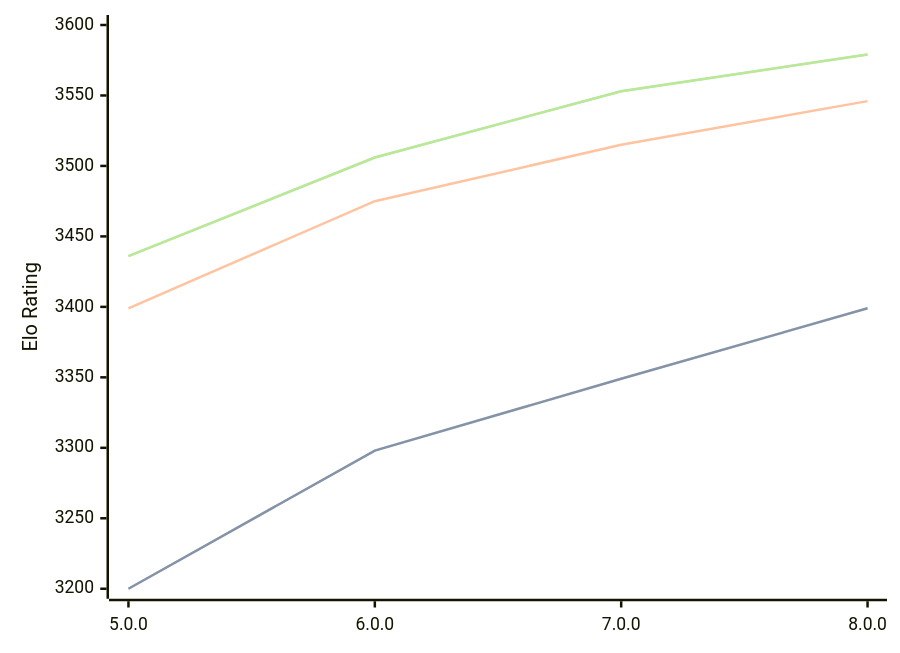
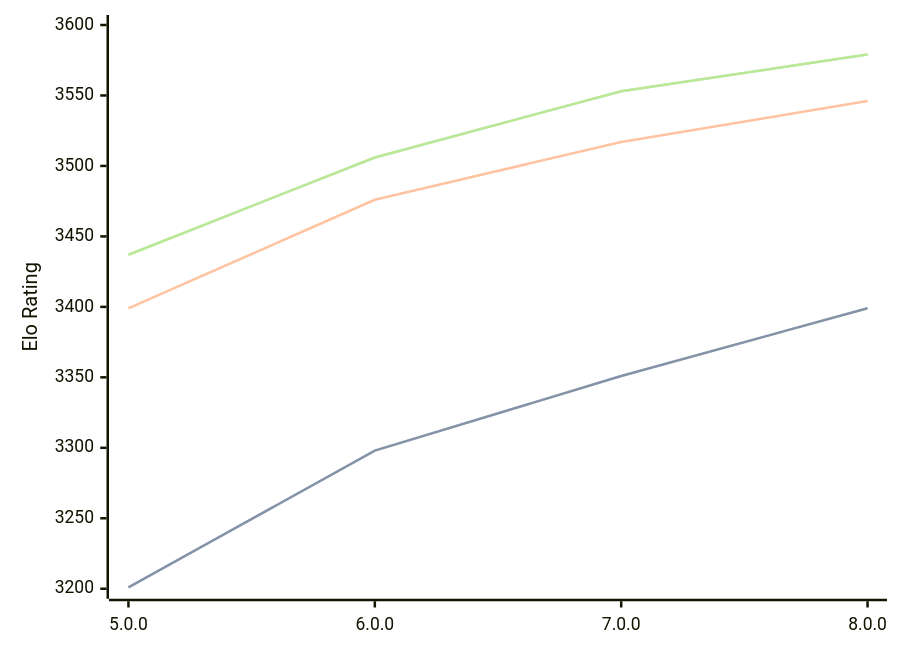
Before and after one commit to computer-chess-index/cci: the diagram in engines/Stormphrax.md, drawn with Mermaid. The commit also changed other lines of this file, not shown here.

Commit message:
Update CCI Ratings (ELO VLTC) - 2026-08-27

````diff
--- a/engines/Stormphrax.md
+++ b/engines/Stormphrax.md
@@ -34,11 +34,11 @@
 ```mermaid
 %%{init: {"theme":"base","themeVariables":{"seriesColors:['#a3a3a3','#222221','#faa371']}}}%%
 xychart-beta
   x-axis ["5.0.0", "6.0.0", "7.0.0", "8.0.0"]
   y-axis "Elo Rating" 3200 --> 3600
-  line "STC (8.0+0.08s)" [3200, 3298, 3349, 3399]
-  line "STC (8.0+0.08s)" [3200, 3298, 3349, 3399]
-  line "LTC (60.0+0.60s)" [3399, 3475, 3515, 3546]
-  line "VLTC (2m24s+1.12s)" [3436, 3506, 3553, 3579]
-  line "VLTC (2m24s+1.12s)" [3436, 3506, 3553, 3579]
+  line "STC (8.0+0.08s)" [3201, 3298, 3351, 3399]
+  line "STC (8.0+0.08s)" [3201, 3298, 3351, 3399]
+  line "LTC (60.0+0.60s)" [3399, 3476, 3517, 3546]
+  line "VLTC (2m24s+1.12s)" [3437, 3506, 3553, 3579]
+  line "VLTC (2m24s+1.12s)" [3437, 3506, 3553, 3579]
 ```
````
